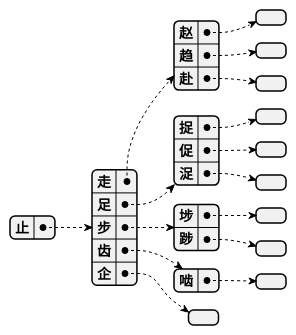
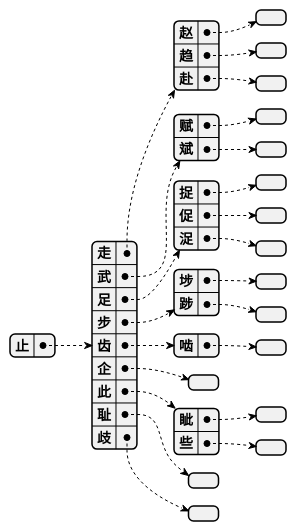
The diagram in index.iuml (imharrywu/ChineseCharacterTree), drawn with PlantUML before and after one commit.

```diff
--- a/index.iuml
+++ b/index.iuml
@@ -1,15 +1,19 @@
 @startjson
 {
   "止": {
     "走":{"赵":{}, "趋":{}, "赴":{}},
+    "武":{"赋":{}, "斌":{}},    
     "足":{
         "捉":{},
         "促":{},
         "浞":{}
     },
     "步":{"埗":{},"踄":{}},
     "齿":{"啮":{}},
-    "企":{}
+    "企":{},
+    "此":{"眦":{}, "些":{}},
+    "耻":{},
+    "歧":{}
   }
 }
 @endjson
```
